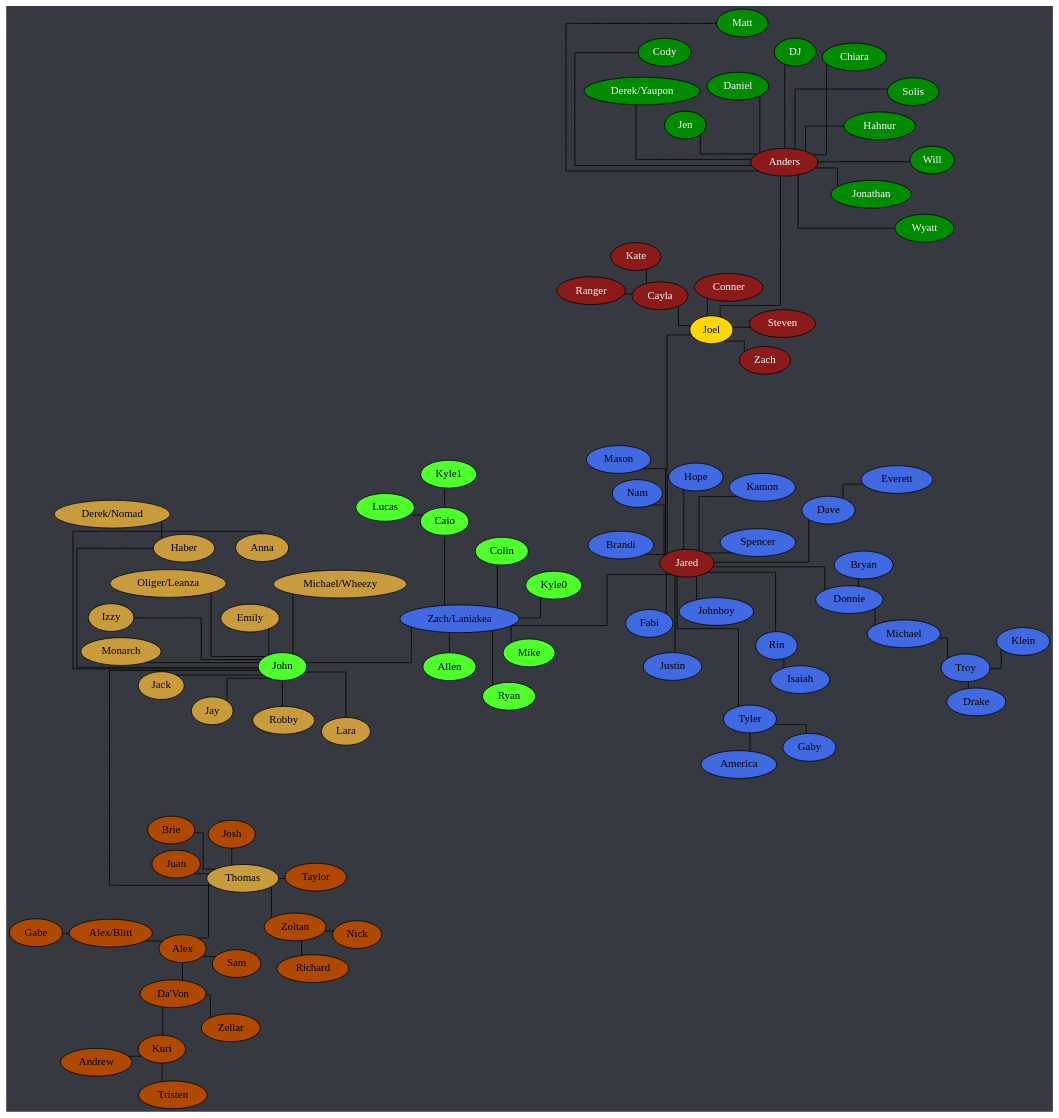
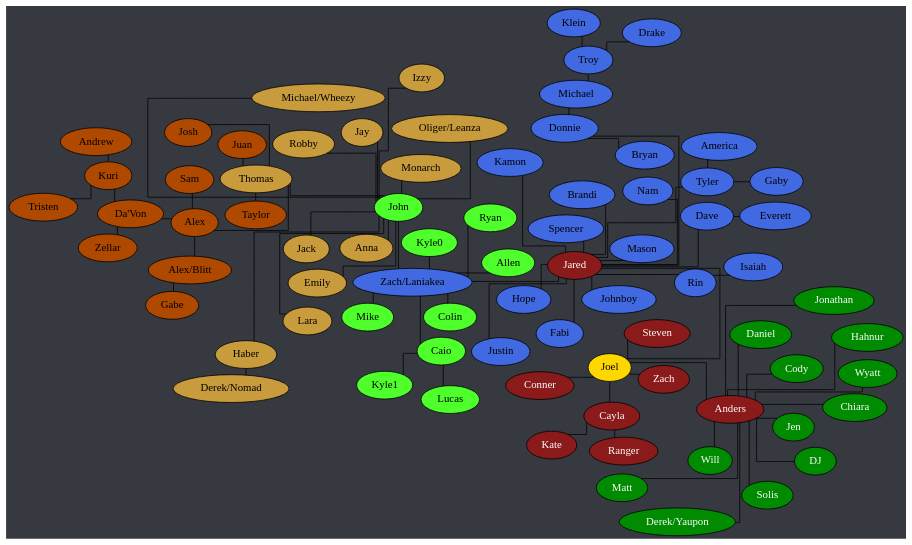
The diagram in tree.dot (Documidas/CoronaCatzFamilyTree), drawn with Graphviz before and after one commit. The commit also changed 1 other file, not shown here.

Commit message:
Remove Zoltan branch + Brie

```diff
--- a/tree.dot
+++ b/tree.dot
@@ -1,130 +1,126 @@
 strict graph {
 	// Layout Configuration
 	layout = neato;
 	epsilon = 0.01;
 	mode = KK;
 	model = subset;
 	overlap = false;
 	splines = ortho;
 
 	// Visual Configuration
 	graph [truecolor=true bgcolor="#36393f"]
 	node [style=filled fillcolor="gray" fontcolor="black"]
 
 	subgraph "Joel" {
 		node [style=filled fillcolor="firebrick4" fontcolor="white"];
 		Joel [style=filled fillcolor="gold" fontcolor="black"];
 
 		Anders -- Joel;
 		Cayla -- Joel
 		Cayla -- Kate;
 		Cayla -- Ranger;
 		Joel -- Conner;
 		Joel -- Jared;
 		Joel -- Steven;
 		Joel -- Zach;
 	}
 
 	subgraph "Anders" {
 		node [style=filled fillcolor="green4" fontcolor="white"];
 
 		Anders -- Chiara
 		Anders -- Cody;
 		Anders -- Daniel;
 		Anders -- "Derek/Yaupon";
 		Anders -- DJ;
 		Anders -- Hahnur;
 		Anders -- Jen;
 		Anders -- Jonathan;
 		Anders -- Matt;
 		Anders -- Solis;
 		Anders -- Will;
 		Anders -- Wyatt;
 	}
 
 	subgraph "Jared" {
 		node [style=filled fillcolor="royalblue" fontcolor="black"]
 
 		Dave -- Everett;
 		Donnie -- Bryan;
 		Donnie -- Michael;
 		Jared -- Brandi;
 		Jared -- Dave;
 		Jared -- Donnie;
 		Jared -- Fabi;
 		Jared -- Hope;
 		Jared -- Johnboy;
 		Jared -- Justin;
 		Jared -- Kamon;
 		Jared -- Mason;
 		Jared -- Nam;
 		Jared -- Rin;
 		Jared -- Spencer;
 		Jared -- Tyler;
 		Jared -- "Zach/Laniakea";
 		Michael -- Troy;
 		Rin -- Isaiah;
 		Tyler -- America;
 		Tyler -- Gaby;
 		Troy -- Drake;
 		Troy -- Klein;
 	}
 
 	subgraph "Zach/Laniakea" {
 		node [style=filled fillcolor="#4eff2c" fontcolor="black"]
 
 		Caio -- Kyle1;
 		Caio -- Lucas;
 		"Zach/Laniakea" -- Allen;
 		"Zach/Laniakea" -- Caio;
 		"Zach/Laniakea" -- Colin;
 		"Zach/Laniakea" -- John [ len = 10 ];
 		"Zach/Laniakea" -- Kyle0;
 		"Zach/Laniakea" -- Mike;
 		"Zach/Laniakea" -- Ryan;
 	}
 
 	subgraph "John" {
 		node [style=filled fillcolor="#c89b3c" fontcolor="black"]
 
 		Haber -- "Derek/Nomad";
 		John -- Anna;
 		John -- Emily;
 		John -- Haber;
 		John -- Jay;
 		John -- Jack;
 		John -- Lara;
 		John -- Monarch;
 		John -- "Oliger/Leanza";
 		John -- Thomas;
 	}
 
 	subgraph "John-stream" {
 		// node [style=filled fillcolor="#9147ff" fontcolor="black"]
 		node [style=filled fillcolor="#c89b3c" fontcolor="black"]
 
 		John -- Izzy;
 		John -- "Michael/Wheezy";
 		John -- Robby;
 	}
 
 	subgraph "Thomas" {
 		node [style=filled fillcolor="#b04900" fontcolor="black"]
 		Alex -- "Da'Von";
 		Alex -- "Alex/Blitt";
 		Alex -- Sam;
 		"Alex/Blitt" -- Gabe;
 		"Da'Von" -- Kuri;
 		"Da'Von" -- Zellar;
 		Kuri -- Andrew;
 		Kuri -- Tristen;
 		Thomas -- Alex;
-		Thomas -- Brie;
 		Thomas -- Josh;
 		Thomas -- Juan;
 		Thomas -- Taylor;
-		Thomas -- Zoltan;
-		Zoltan -- Nick;
-		Zoltan -- Richard;
 	}
 }
```
